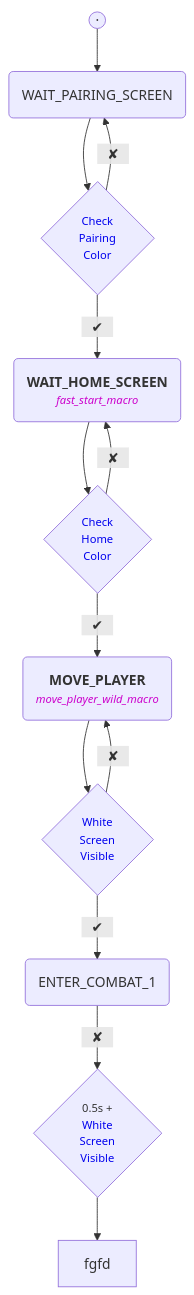
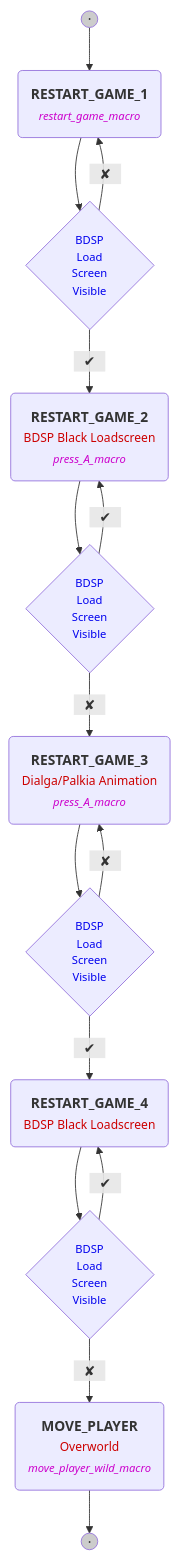
The second of 2 diagrams in Media/Docs/State Machines/Wild State Machine.md (Dinones/Nintendo-Switch-Pokemon-Shiny-Hunter), drawn with Mermaid before and after one commit. The commit also changed other lines of this file, not shown here.

Commit message:
[ReadMe] Finished Wild state machine

````diff
--- a/Media/Docs/State Machines/Wild State Machine.md
+++ b/Media/Docs/State Machines/Wild State Machine.md
@@ -28,43 +273,62 @@
 ```mermaid
 graph TD
-    %%%%%%%%%%%%%%%% WAIT_PAIRING_SCREEN %%%%%%%%%%%%%%%%
+    %%%%%%%%%%%%%%%% START STATE %%%%%%%%%%%%%%%%
 
-    START((·)) --> WAIT_PAIRING_SCREEN("WAIT_PAIRING_SCREEN")
-    WAIT_PAIRING_SCREEN --> CHECK_PAIRING_COLOR{"
-        <a href="https://github.com/Dinones/Nintendo-Switch-Pokemon-Shiny-Hunter/blob/develop/Media/Docs/State%20Machines/Wild%20State%20Machine.md#check-pairing-color" style='text-decoration:none;'>Check</br>Pairing</br>Color</a>
+    START((·)) --> RESTART_GAME_1("
+        <b>RESTART_GAME_1</b>
+        <span style='font-size:13px; color:#C0C;'><i>restart_game_macro</i></span>
+    ")
+    RESTART_GAME_1 --> BDSP_BLACK_LOAD_SCREEN_1{"
+        <a href="https://github.com/Dinones/Nintendo-Switch-Pokemon-Shiny-Hunter/blob/develop/Media/Docs/State%20Machines/Wild%20State%20Machine.md#bdsp-load-screen-visible" style='text-decoration:none;'>BDSP</br>Load<br>Screen</br>Visible</a>
     "}
-    CHECK_PAIRING_COLOR -- "⠀✘⠀" --> WAIT_PAIRING_SCREEN
-    CHECK_PAIRING_COLOR -- "⠀✔⠀" --> WAIT_HOME_SCREEN("<b>WAIT_HOME_SCREEN</b><div style='font-size:13px; color:#c0c;'><i>fast_start_macro</i></div>")
+    BDSP_BLACK_LOAD_SCREEN_1 -- "⠀✘⠀" --> RESTART_GAME_1
+    BDSP_BLACK_LOAD_SCREEN_1 -- "⠀✔⠀" --> RESTART_GAME_2("
+        <b>RESTART_GAME_2</b>
+        <span style='font-size:14px; color:#C00;'>BDSP Black Loadscreen</span>
+        <span style='font-size:13px; color:#C0C;'><i>press_A_macro</i></span>
+    ")
 
 
-    %%%%%%%%%%%%%%%% WAIT_HOME_SCREEN %%%%%%%%%%%%%%%%
-    
-    WAIT_HOME_SCREEN --> CHECK_HOME_COLOR{"
-        <a href="https://github.com/Dinones/Nintendo-Switch-Pokemon-Shiny-Hunter/blob/develop/Media/Docs/State%20Machines/Wild%20State%20Machine.md#check-home-color" style='text-decoration:none;'>Check</br>Home</br>Color</a>
+    RESTART_GAME_2 --> BDSP_BLACK_LOAD_SCREEN_2{"
+        <a href="https://github.com/Dinones/Nintendo-Switch-Pokemon-Shiny-Hunter/blob/develop/Media/Docs/State%20Machines/Wild%20State%20Machine.md#bdsp-load-screen-visible" style='text-decoration:none;'>BDSP</br>Load<br>Screen</br>Visible</a>
     "}
-    CHECK_HOME_COLOR -- "⠀✘⠀" --> WAIT_HOME_SCREEN
-    CHECK_HOME_COLOR -- "⠀✔⠀" --> MOVE_PLAYER("<b>MOVE_PLAYER</b><br><div style='font-size:13px; color:#c0c;'><i>move_player_wild_macro</i></div>")
+    BDSP_BLACK_LOAD_SCREEN_2 -- "⠀✔⠀" --> RESTART_GAME_2
+    BDSP_BLACK_LOAD_SCREEN_2 -- "⠀✘⠀" --> RESTART_GAME_3("
+        <b>RESTART_GAME_3</b>
+        <span style='font-size:14px; color:#C00;'>Dialga/Palkia Animation</span>
+        <span style='font-size:13px; color:#C0C;'><i>press_A_macro</i></span>
+    ")
 
 
-    %%%%%%%%%%%%%%%% MOVE_PLAYER %%%%%%%%%%%%%%%%
-
-    MOVE_PLAYER  --> WHITE_SCREEN_VISIBLE_1{"
-        <a href="https://github.com/Dinones/Nintendo-Switch-Pokemon-Shiny-Hunter/blob/develop/Media/Docs/State%20Machines/Wild%20State%20Machine.md#check-home-color" style='text-decoration:none;'>White</br>Screen</br>Visible</a>
+    RESTART_GAME_3 --> BDSP_BLACK_LOAD_SCREEN_3{"
+        <a href="https://github.com/Dinones/Nintendo-Switch-Pokemon-Shiny-Hunter/blob/develop/Media/Docs/State%20Machines/Wild%20State%20Machine.md#bdsp-load-screen-visible" style='text-decoration:none;'>BDSP</br>Load<br>Screen</br>Visible</a>
     "}
-    WHITE_SCREEN_VISIBLE_1 -- "⠀✘⠀" --> MOVE_PLAYER
-    WHITE_SCREEN_VISIBLE_1 -- "⠀✔⠀" --> ENTER_COMBAT_1("ENTER_COMBAT_1")
+    BDSP_BLACK_LOAD_SCREEN_3 -- "⠀✘⠀" --> RESTART_GAME_3
+    BDSP_BLACK_LOAD_SCREEN_3 -- "⠀✔⠀" --> RESTART_GAME_4("
+        <b>RESTART_GAME_4</b>
+        <span style='font-size:14px; color:#C00;'>BDSP Black Loadscreen</span>
+    ")
 
 
-    %%%%%%%%%%%%%%%% ENTER_COMBAT %%%%%%%%%%%%%%%%
+    RESTART_GAME_4 --> BDSP_BLACK_LOAD_SCREEN_4{"
+        <a href="https://github.com/Dinones/Nintendo-Switch-Pokemon-Shiny-Hunter/blob/develop/Media/Docs/State%20Machines/Wild%20State%20Machine.md#bdsp-load-screen-visible" style='text-decoration:none;'>BDSP</br>Load<br>Screen</br>Visible</a>
+    "}
+    BDSP_BLACK_LOAD_SCREEN_4 -- "⠀✔⠀" --> RESTART_GAME_4
+    BDSP_BLACK_LOAD_SCREEN_4 -- "⠀✘⠀" --> MOVE_PLAYER("
+        <b>MOVE_PLAYER</b>
+        <span style='font-size:14px; color:#C00;'>Overworld</span>
+        <span style='font-size:13px; color:#C0C;'><i>move_player_wild_macro</i></span>
+    ")
 
-    ENTER_COMBAT_1  -- "⠀✘⠀" --> WHITE_SCREEN_VISIBLE_2{"
-        0.5s +<br><a href="https://github.com/Dinones/Nintendo-Switch-Pokemon-Shiny-Hunter/blob/develop/Media/Docs/State%20Machines/Wild%20State%20Machine.md#white-screen-visible" style='text-decoration:none;'>White</br>Screen</br>Visible</a>
-    "}
-    WHITE_SCREEN_VISIBLE_2 --> fgfd
+
+    MOVE_PLAYER --> END((·))
 
 
     %%%%%%%%%%%%%%%% Styles %%%%%%%%%%%%%%%%
 
+    classDef Start fill:#ccc;
+    class START,END Start;
+
     classDef Check_Functions font-size:13px;
-    class CHECK_PAIRING_COLOR,CHECK_HOME_COLOR,WHITE_SCREEN_VISIBLE_1,WHITE_SCREEN_VISIBLE_2,COMMENT_1 Check_Functions;
+    class BDSP_BLACK_LOAD_SCREEN_1,BDSP_BLACK_LOAD_SCREEN_2,BDSP_BLACK_LOAD_SCREEN_3,BDSP_BLACK_LOAD_SCREEN_4 Check_Functions;
 ```
````
